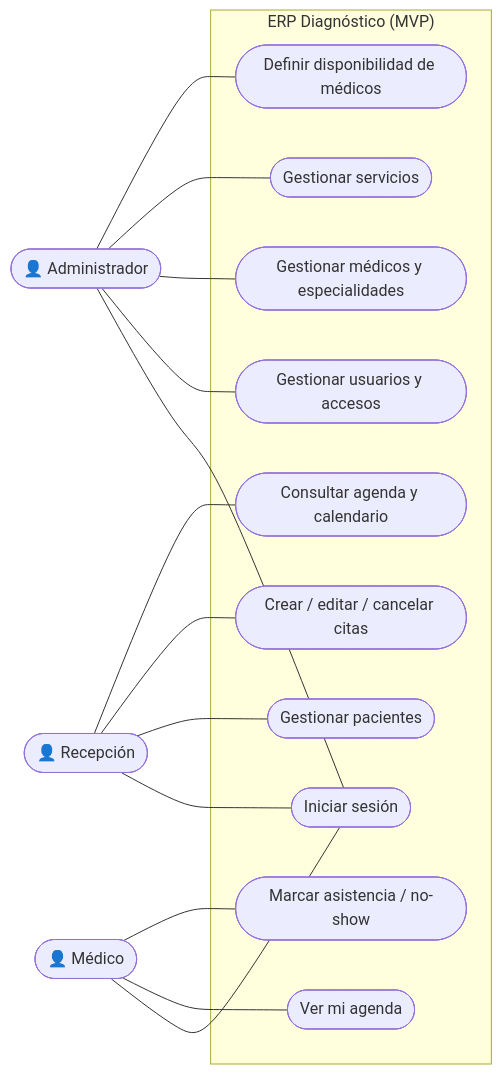
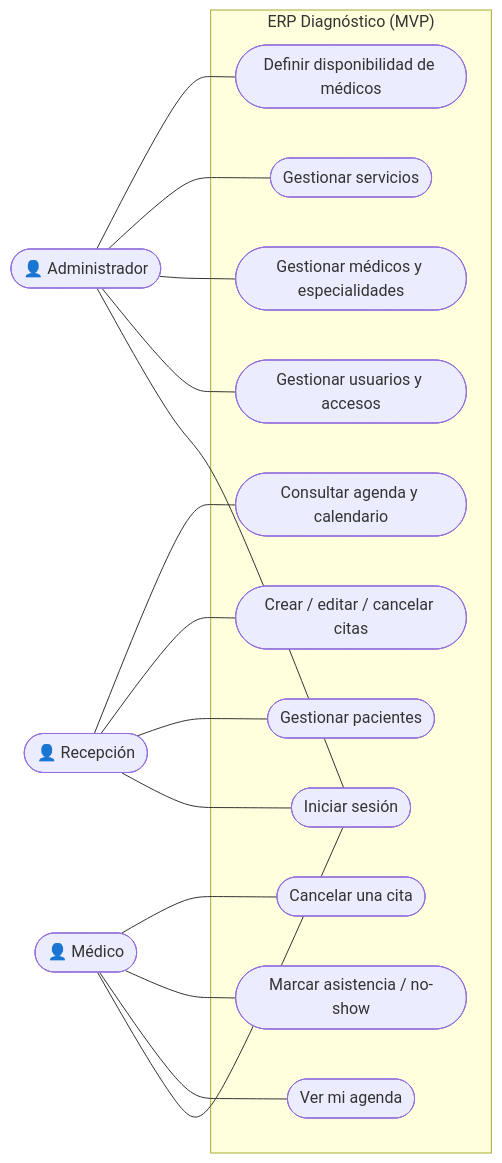
Before and after one commit to DhanaCorredor/diagnostico-backend: the diagram in docs/CASOS-DE-USO.md, drawn with Mermaid. The commit also changed other lines of this file and 6 other files, not shown here.

````diff
--- a/docs/CASOS-DE-USO.md
+++ b/docs/CASOS-DE-USO.md
@@ -7,35 +7,37 @@
 ```mermaid
 flowchart LR
     admin(["👤 Administrador"])
     recep(["👤 Recepción"])
     medico(["👤 Médico"])
 
     subgraph SIS["ERP Diagnóstico (MVP)"]
         login(["Iniciar sesión"])
         uUsuarios(["Gestionar usuarios y accesos"])
         uMedicos(["Gestionar médicos y especialidades"])
         uServicios(["Gestionar servicios"])
         uDisp(["Definir disponibilidad de médicos"])
         uPacientes(["Gestionar pacientes"])
         uCitas(["Crear / editar / cancelar citas"])
         uAgenda(["Consultar agenda y calendario"])
         uMiAgenda(["Ver mi agenda"])
         uAsistencia(["Marcar asistencia / no-show"])
+        uCancelarMed(["Cancelar una cita"])
     end
 
     admin --- login
     recep --- login
     medico --- login
 
     admin --- uUsuarios
     admin --- uMedicos
     admin --- uServicios
     admin --- uDisp
 
     recep --- uPacientes
     recep --- uCitas
     recep --- uAgenda
 
     medico --- uMiAgenda
     medico --- uAsistencia
+    medico --- uCancelarMed
 ```
````
